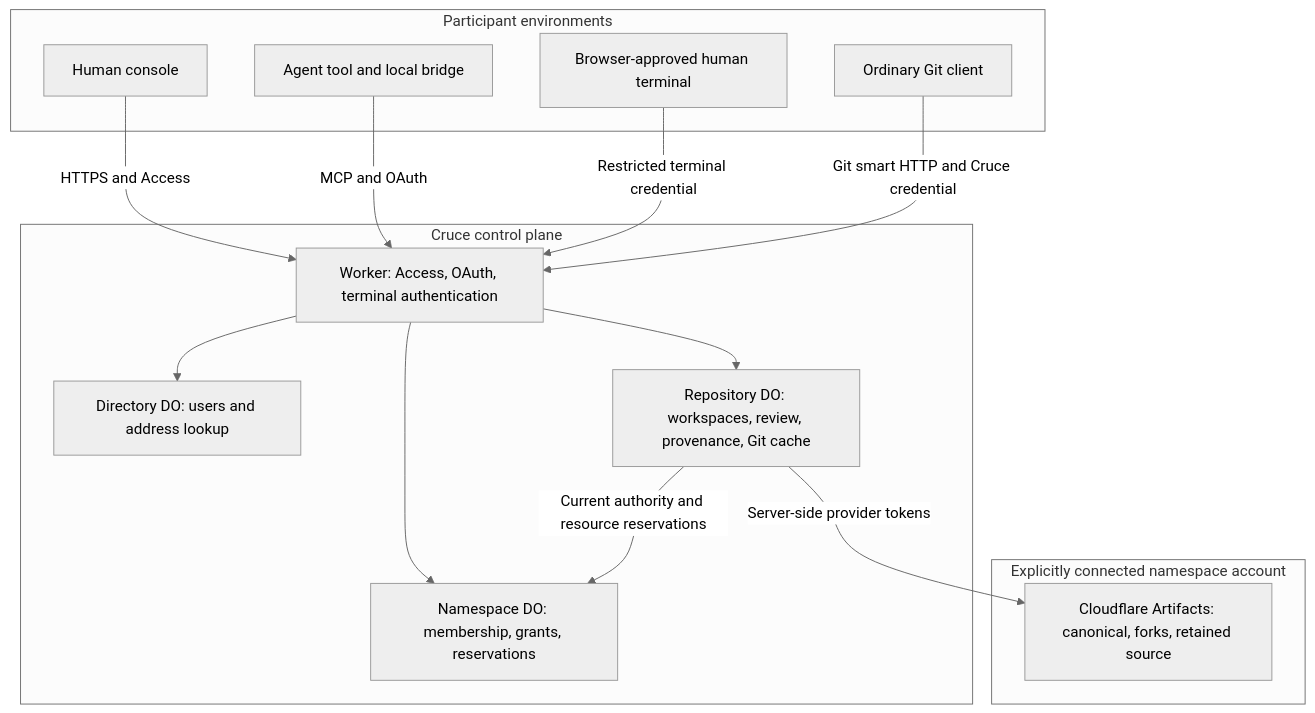
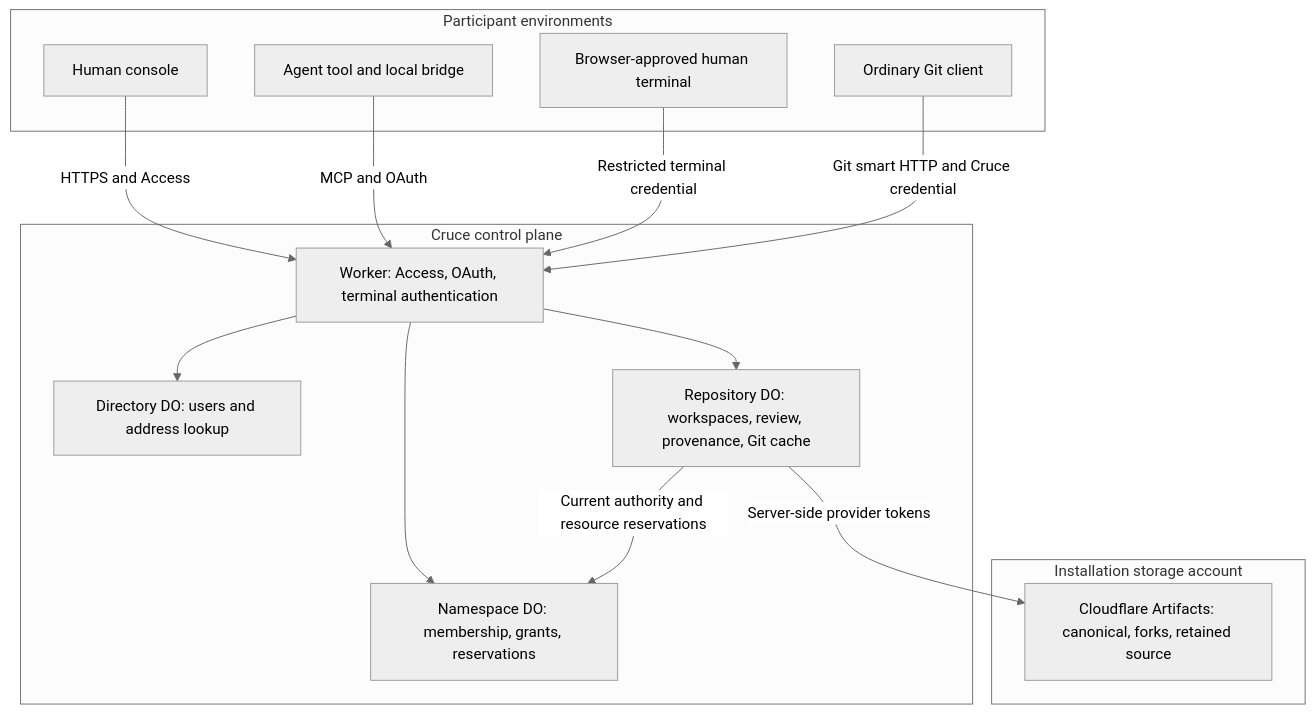
Before and after one commit to acltabontabon/cruce: the first of 3 diagrams in docs/architecture.md, drawn with Mermaid (neutral theme). The commit also changed other lines of this file and 47 other files, not shown here.

First line of the commit message:
Configure installation storage once through cf

````diff
--- a/docs/architecture.md
+++ b/docs/architecture.md
@@ -44,27 +44,27 @@
 ```mermaid
 flowchart TB
     subgraph Participants[Participant environments]
         H[Human console]
         B[Agent tool and local bridge]
         T[Browser-approved human terminal]
         G[Ordinary Git client]
     end
     subgraph Control[Cruce control plane]
         W[Worker: Access, OAuth, terminal authentication]
         D[Directory DO: users and address lookup]
         N[Namespace DO: membership, grants, reservations]
         R[Repository DO: workspaces, review, provenance, Git cache]
     end
-    subgraph Account[Explicitly connected namespace account]
+    subgraph Account[Installation storage account]
         A[Cloudflare Artifacts: canonical, forks, retained source]
     end
     H -->|HTTPS and Access| W
     B -->|MCP and OAuth| W
     T -->|Restricted terminal credential| W
     G -->|Git smart HTTP and Cruce credential| W
     W --> D
     W --> N
     W --> R
     R -->|Current authority and resource reservations| N
     R -->|Server-side provider tokens| A
 ```
````
